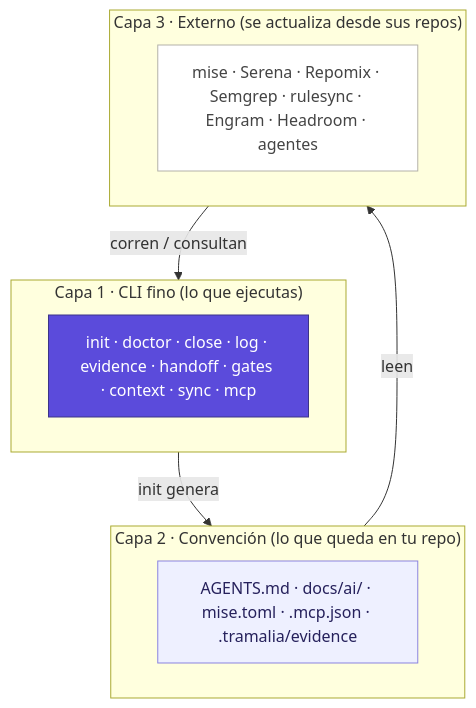
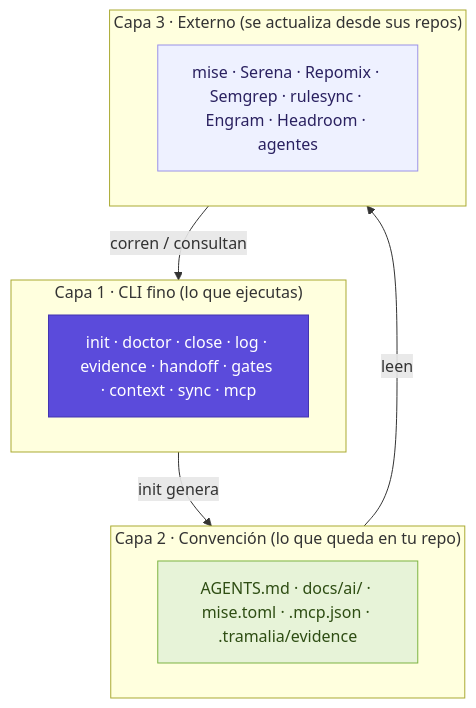
Before and after one commit to MscottB/tramalia: the first of 2 diagrams in docs/arquitectura.md, drawn with Mermaid. The commit also changed 6 other files, not shown here.

First line of the commit message:
docs(mkdocs): diagramas más claros y legibles

````diff
--- a/docs/arquitectura.md
+++ b/docs/arquitectura.md
@@ -13,19 +13,19 @@
 ```mermaid
 flowchart TB
-    classDef core fill:#5b4bdb,stroke:#3c3489,color:#fff;
-    classDef conv fill:#eef0ff,stroke:#8a83e0,color:#26215c;
-    classDef ext fill:#fff,stroke:#b4b2a9,color:#444;
+    classDef core fill:#5b4bdb,stroke:#4335b0,color:#ffffff;
+    classDef conv fill:#e7f3d8,stroke:#7cb342,color:#2e4d13;
+    classDef ext fill:#eef1ff,stroke:#9a92e8,color:#2a2160;
 
     subgraph C1["Capa 1 · CLI fino (lo que ejecutas)"]
         CLI["init · doctor · close · log · evidence · handoff · gates · context · sync · mcp"]:::core
     end
     subgraph C2["Capa 2 · Convención (lo que queda en tu repo)"]
         CONV["AGENTS.md · docs/ai/ · mise.toml · .mcp.json · .tramalia/evidence"]:::conv
     end
     subgraph C3["Capa 3 · Externo (se actualiza desde sus repos)"]
         EXT["mise · Serena · Repomix · Semgrep · rulesync · Engram · Headroom · agentes"]:::ext
     end
     C1 -->|init genera| C2
     C2 -->|leen| C3
     C3 -->|corren / consultan| C1
 ```
````
